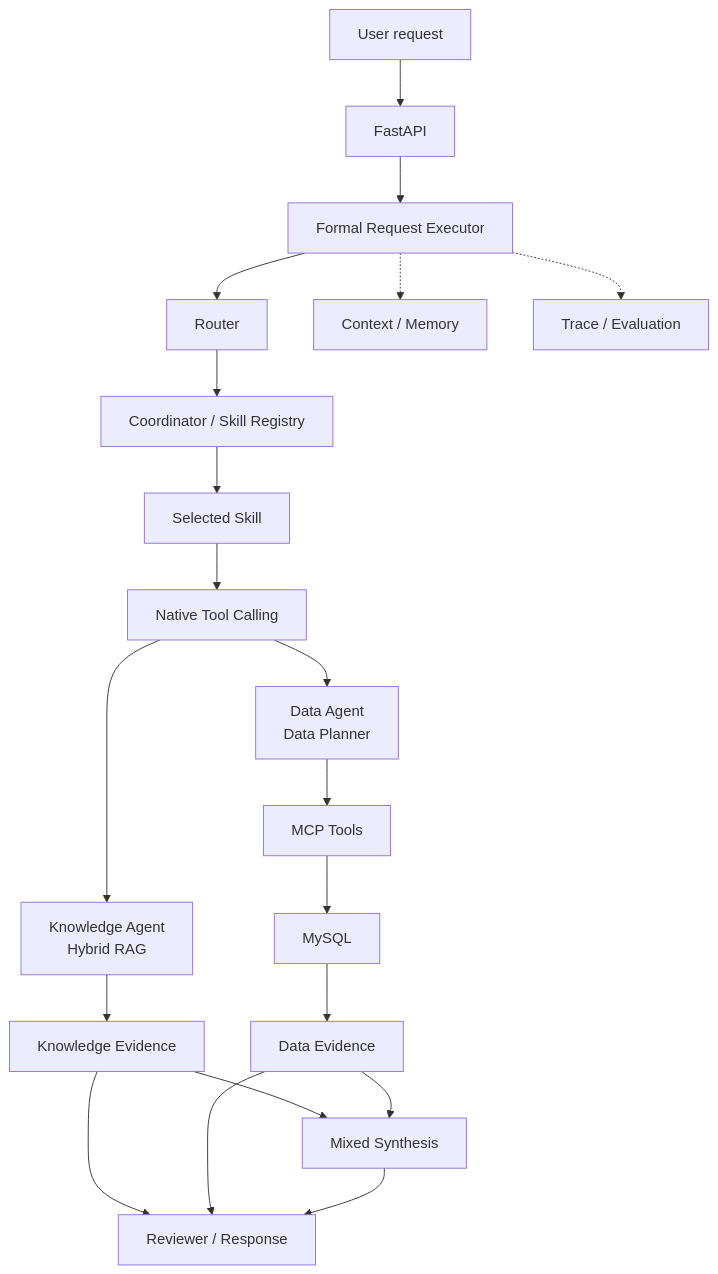
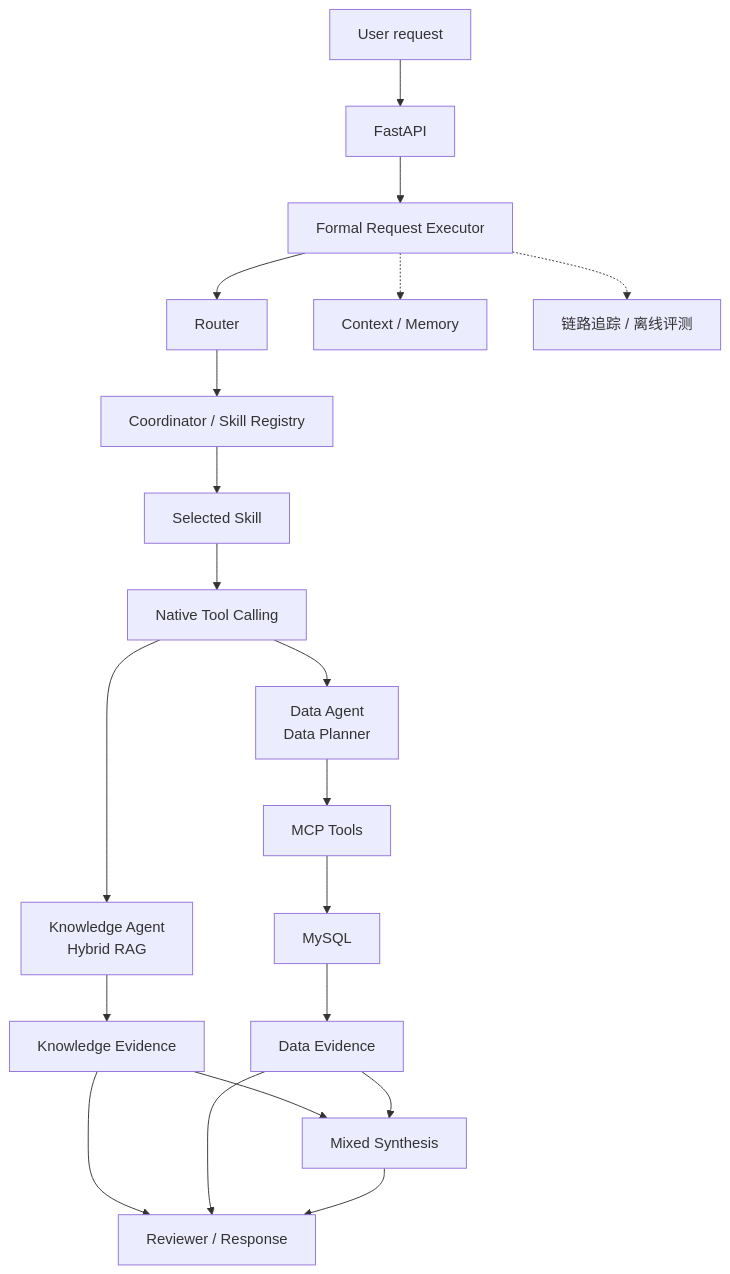
One commit to ccy777/Enterprise-Decision-Agent changed the diagram in README.md. Above: the diagram before and after it, drawn with Mermaid. The commit also changed other lines of this file and 13 other files, not shown here.

````diff
--- a/README.md
+++ b/README.md
@@ -57,22 +57,22 @@
 ```mermaid
 flowchart TD
     U["User request"] --> API["FastAPI"]
     API --> X["Formal Request Executor"]
     X --> R["Router"]
     R --> C["Coordinator / Skill Registry"]
     C --> S["Selected Skill"]
     S --> T["Native Tool Calling"]
     T --> K["Knowledge Agent\nHybrid RAG"]
     T --> D["Data Agent\nData Planner"]
     D --> MCP["MCP Tools"]
     MCP --> DB["MySQL"]
     K --> KE["Knowledge Evidence"]
     DB --> DE["Data Evidence"]
     KE --> M["Mixed Synthesis"]
     DE --> M
     KE --> V["Reviewer / Response"]
     DE --> V
     M --> V
     X -.-> CM["Context / Memory"]
-    X -.-> O["Trace / Evaluation"]
+    X -.-> O["链路追踪 / 离线评测"]
 ```
````
